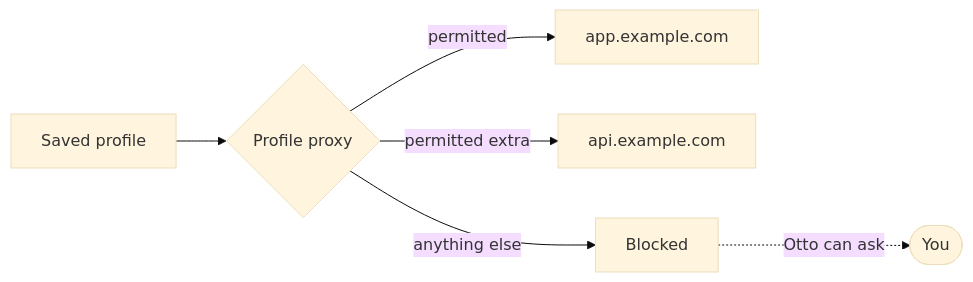
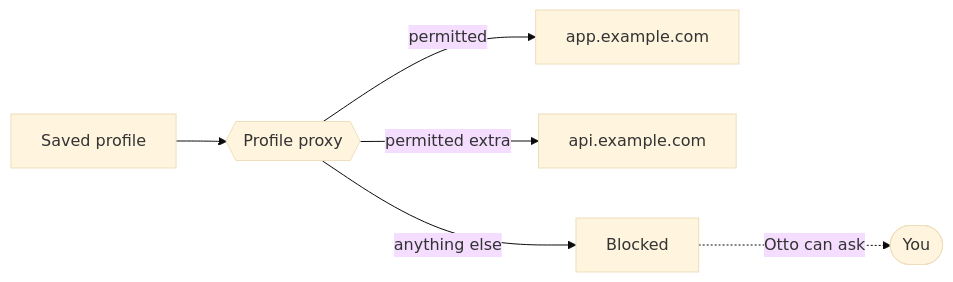
The diagram in docs/src/content/docs/trust/browser-sessions.md (n8n-io/nod), drawn with Mermaid (base theme) before and after one commit. The commit also changed 54 other files, not shown here.

````diff
--- a/docs/src/content/docs/trust/browser-sessions.md
+++ b/docs/src/content/docs/trust/browser-sessions.md
@@ -31,8 +31,8 @@
 ```mermaid
 flowchart LR
-  page[Saved profile] --> proxy{Profile proxy}:::accent
+  page[Saved profile] --> proxy{{Profile proxy}}:::accent
   proxy -- permitted --> site[app.example.com]:::go
   proxy -- permitted extra --> api[api.example.com]:::go
   proxy -- anything else --> block[Blocked]:::stop
   block -. Otto can ask .-> you([You]):::accent
 ```
````
